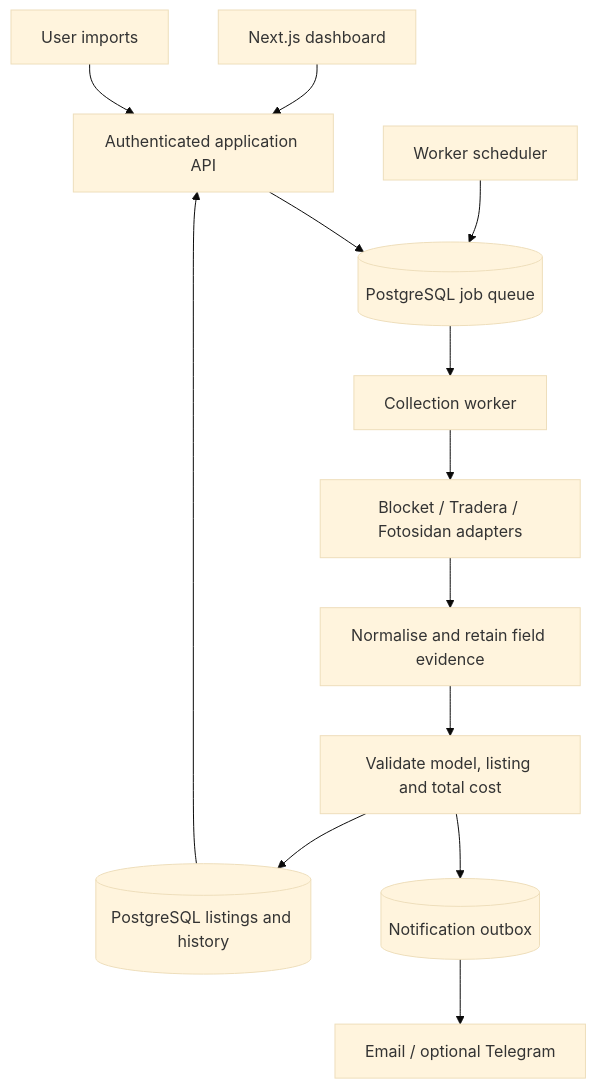
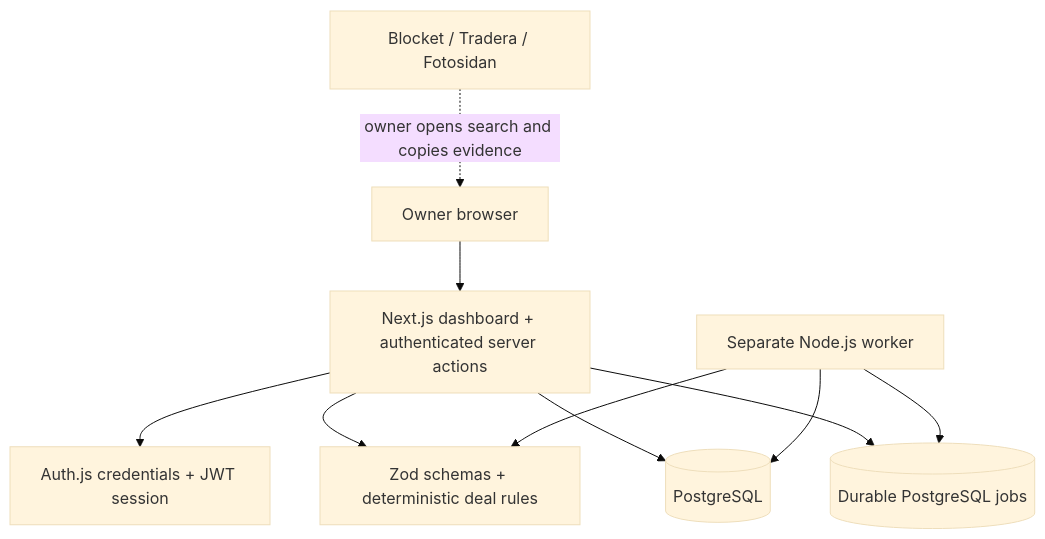
The diagram in README.md (izaackio/x100vi), drawn with Mermaid (base theme) before and after one commit. The commit also changed other lines of this file and 44 other files, not shown here.

Commit message:
Build owner dashboard, manual listing workflow and deal validation

````diff
--- a/README.md
+++ b/README.md
@@ -35,15 +52,12 @@
 ```mermaid
 flowchart TD
-    UI[Next.js dashboard] --> API[Authenticated application API]
-    Timer[Worker scheduler] --> Jobs[(PostgreSQL job queue)]
-    API --> Jobs
-    Import[User imports] --> API
-    Jobs --> Worker[Collection worker]
-    Worker --> Adapters[Blocket / Tradera / Fotosidan adapters]
-    Adapters --> Evidence[Normalise and retain field evidence]
-    Evidence --> Rules[Validate model, listing and total cost]
-    Rules --> DB[(PostgreSQL listings and history)]
-    Rules --> Outbox[(Notification outbox)]
-    Outbox --> Delivery[Email / optional Telegram]
-    DB --> API
+    Owner[Owner browser] --> Web[Next.js dashboard + authenticated server actions]
+    Web --> Auth[Auth.js credentials + JWT session]
+    Web --> Domain[Zod schemas + deterministic deal rules]
+    Web --> DB[(PostgreSQL)]
+    Web --> Jobs[(Durable PostgreSQL jobs)]
+    Worker[Separate Node.js worker] --> Jobs
+    Worker --> Domain
+    Worker --> DB
+    Sources[Blocket / Tradera / Fotosidan] -. owner opens search and copies evidence .-> Owner
 ```
````
